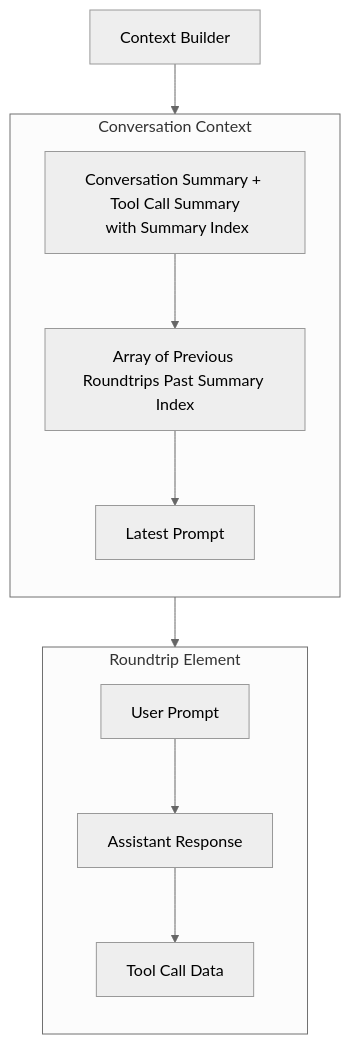
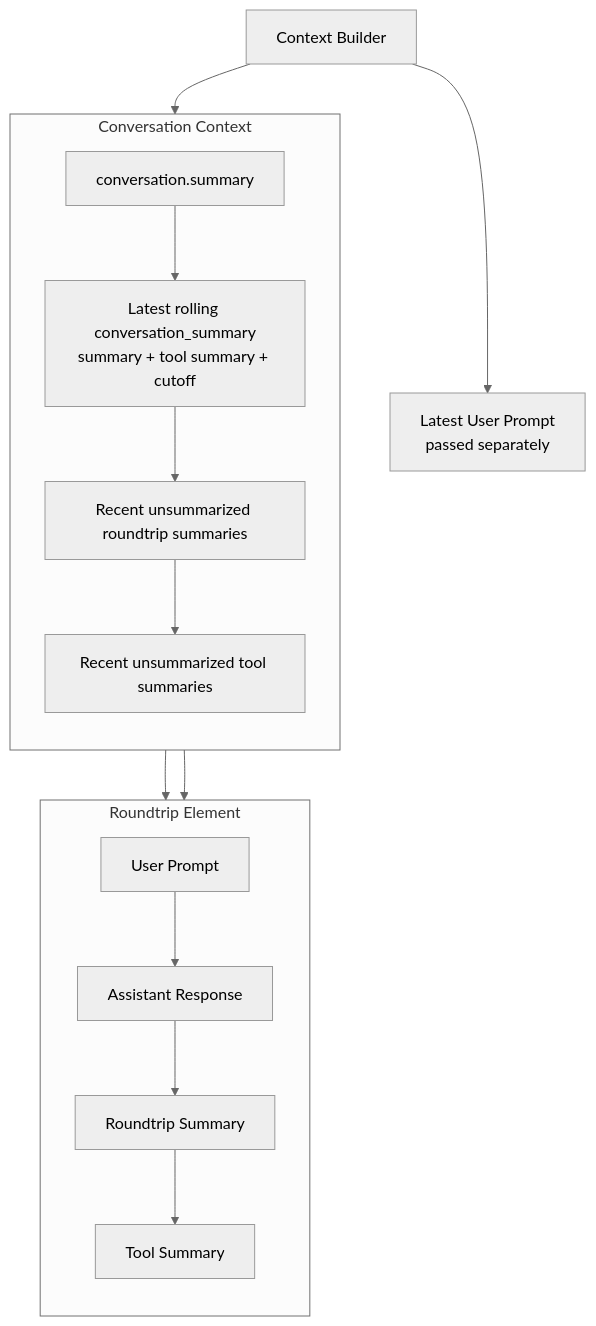
Before and after one commit to mikeshutov/llm_poc: the second of 3 diagrams in README.md, drawn with Mermaid (neutral theme). The commit also changed other lines of this file and 7 other files, not shown here.

Commit message:
refactor geodata and set up a user profile part of prompt

````diff
--- a/README.md
+++ b/README.md
@@ -53,21 +57,28 @@
 ```mermaid
 flowchart TD
-    A[Context Builder] -->B 
+    A[Context Builder] --> B
     subgraph B[Conversation Context]
         direction TB
-        M1["Conversation Summary + Tool Call Summary\n with Summary Index"]
-        M2["Array of Previous Roundtrips Past Summary Index"]
-        M3["Latest Prompt"]
-        M1 --> M2 --> M3 
+        M1["conversation.summary"]
+        M2["Latest rolling conversation_summary
+summary + tool summary + cutoff"]
+        M3["Recent unsummarized roundtrip summaries"]
+        M4["Recent unsummarized tool summaries"]
+        M1 --> M2 --> M3 --> M4
     end
+
+    A --> D[Latest User Prompt
+passed separately]
 
     subgraph C[Roundtrip Element]
         direction TB
         N1["User Prompt"]
         N2["Assistant Response"]
-        N3["Tool Call Data"]
-        N1-->N2-->N3
+        N3["Roundtrip Summary"]
+        N4["Tool Summary"]
+        N1 --> N2 --> N3 --> N4
     end
 
- M2 --> C
+    M3 --> C
+    M4 --> C
 ```
````
